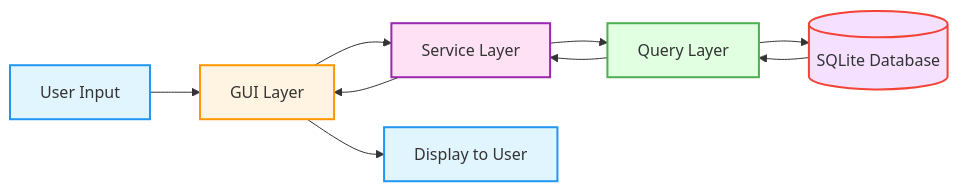
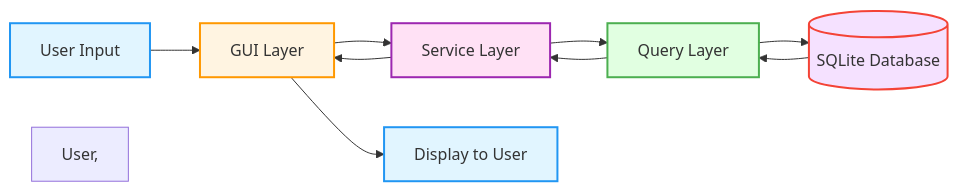
One commit to revxcode/k3-absensi changed the ninth of 9 diagrams in flowchart.md. Above: the diagram before and after it, drawn with Mermaid. The commit also changed other lines of this file, not shown here.

Commit message:
Remove redundant Data Flow section and update styling for clarity in flowchart diagrams

````diff
--- a/flowchart.md
+++ b/flowchart.md
@@ -299,19 +280,20 @@
 ```mermaid
 flowchart LR
     User[User Input] --> GUI[GUI Layer]
     GUI --> Service[Service Layer]
     Service --> Query[Query Layer]
     Query --> DB[(SQLite Database)]
     
     DB --> Query
     Query --> Service
     Service --> GUI
     GUI --> Display[Display to User]
     
     style User fill:#e1f5ff,stroke:#2196F3,stroke-width:2px
     style GUI fill:#fff4e1,stroke:#FF9800,stroke-width:2px
     style Service fill:#ffe1f5,stroke:#9C27B0,stroke-width:2px
     style Query fill:#e1ffe1,stroke:#4CAF50,stroke-width:2px
     style DB fill:#f5e1ff,stroke:#F44336,stroke-width:2px
     style Display fill:#e1f5ff,stroke:#2196F3,stroke-width:2px
+    style User, GUI, Service, Query, DB, Display color:#000
 ```
````
